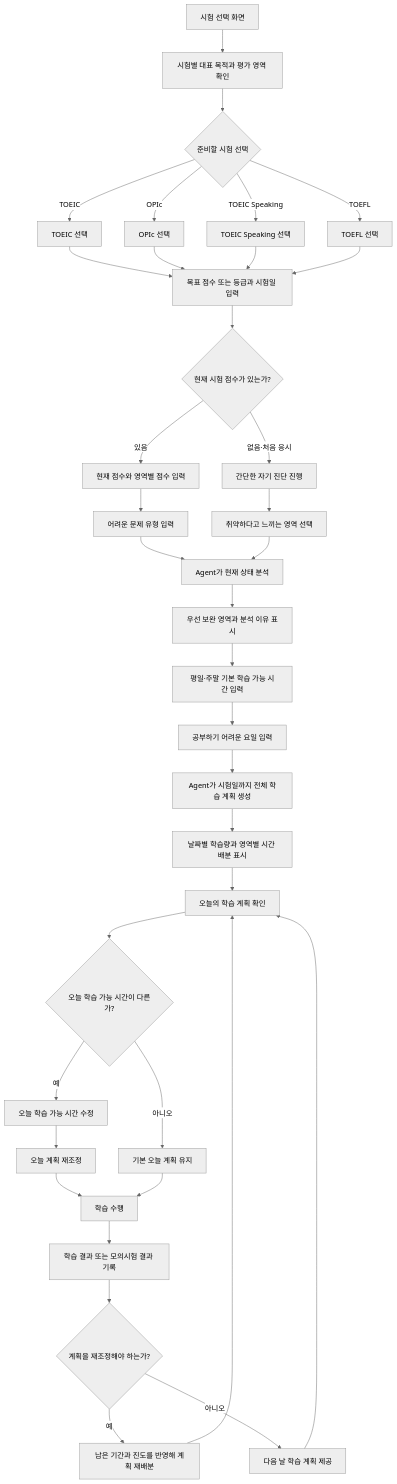
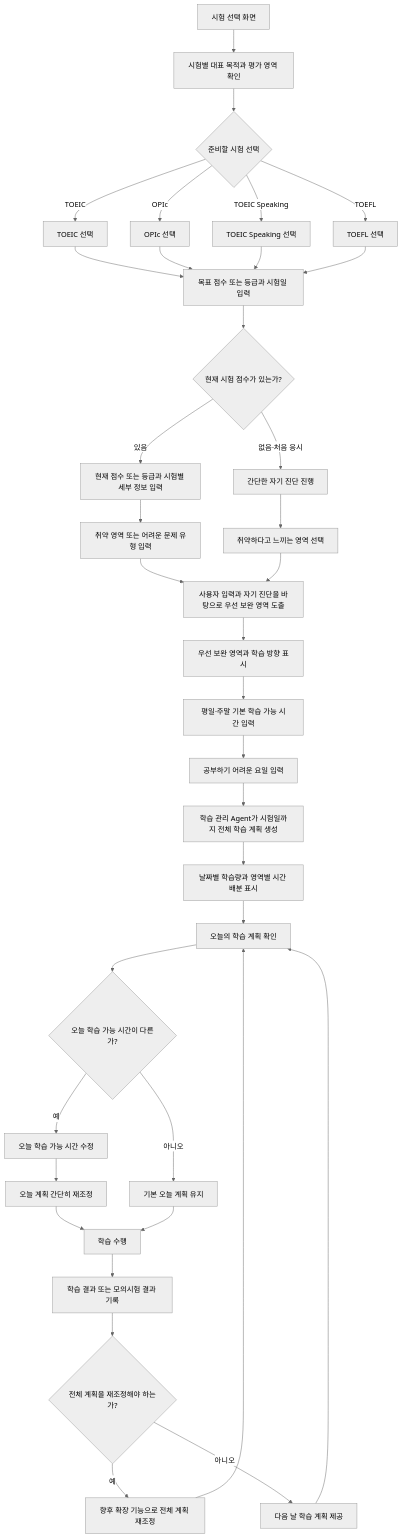
The diagram in docs/plan.md (Mureung1/hub-showcase), drawn with Mermaid (neutral theme) before and after one commit. The commit also changed other lines of this file and 12 other files, not shown here.

````diff
--- a/docs/plan.md
+++ b/docs/plan.md
@@ -55,51 +61,51 @@
 ```mermaid
 flowchart TD
     A[시험 선택 화면] --> B[시험별 대표 목적과 평가 영역 확인]
 
     B --> C{준비할 시험 선택}
     C -->|TOEIC| D[TOEIC 선택]
     C -->|OPIc| E[OPIc 선택]
     C -->|TOEIC Speaking| F[TOEIC Speaking 선택]
     C -->|TOEFL| G[TOEFL 선택]
 
     D --> H[목표 점수 또는 등급과 시험일 입력]
     E --> H
     F --> H
     G --> H
 
     H --> I{현재 시험 점수가 있는가?}
 
-    I -->|있음| J[현재 점수와 영역별 점수 입력]
-    J --> K[어려운 문제 유형 입력]
+    I -->|있음| J[현재 점수 또는 등급과 시험별 세부 정보 입력]
+    J --> K[취약 영역 또는 어려운 문제 유형 입력]
 
     I -->|없음·처음 응시| L[간단한 자기 진단 진행]
     L --> M[취약하다고 느끼는 영역 선택]
 
-    K --> N[Agent가 현재 상태 분석]
+    K --> N[사용자 입력과 자기 진단을 바탕으로 우선 보완 영역 도출]
     M --> N
 
-    N --> O[우선 보완 영역과 분석 이유 표시]
+    N --> O[우선 보완 영역과 학습 방향 표시]
     O --> P[평일·주말 기본 학습 가능 시간 입력]
     P --> Q[공부하기 어려운 요일 입력]
-    Q --> R[Agent가 시험일까지 전체 학습 계획 생성]
+    Q --> R[학습 관리 Agent가 시험일까지 전체 학습 계획 생성]
 
     R --> S[날짜별 학습량과 영역별 시간 배분 표시]
     S --> T[오늘의 학습 계획 확인]
 
     T --> U{오늘 학습 가능 시간이 다른가?}
     U -->|예| V[오늘 학습 가능 시간 수정]
-    V --> W[오늘 계획 재조정]
+    V --> W[오늘 계획 간단히 재조정]
     U -->|아니오| X[기본 오늘 계획 유지]
 
     W --> Y[학습 수행]
     X --> Y
 
     Y --> Z[학습 결과 또는 모의시험 결과 기록]
-    Z --> AA{계획을 재조정해야 하는가?}
+    Z --> AA{전체 계획을 재조정해야 하는가?}
 
-    AA -->|예| AB[남은 기간과 진도를 반영해 계획 재배분]
+    AA -->|예| AB[향후 확장 기능으로 전체 계획 재조정]
     AB --> T
 
     AA -->|아니오| AC[다음 날 학습 계획 제공]
     AC --> T
 ```
````
